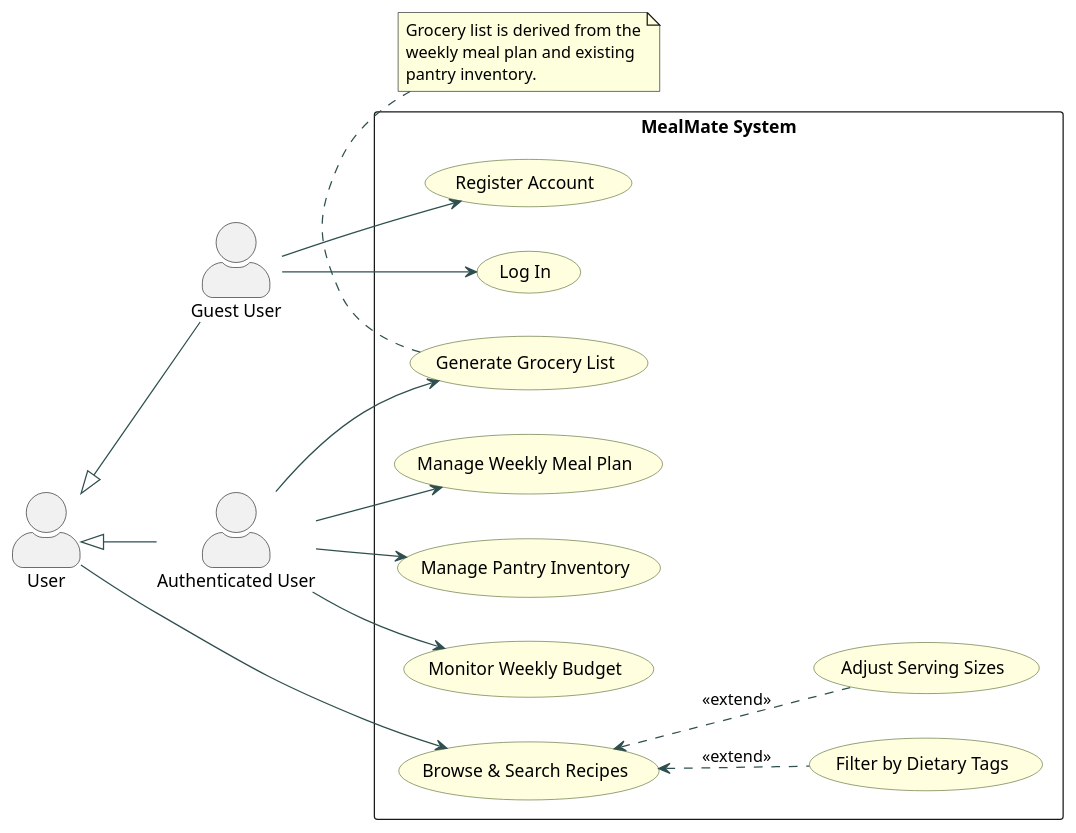
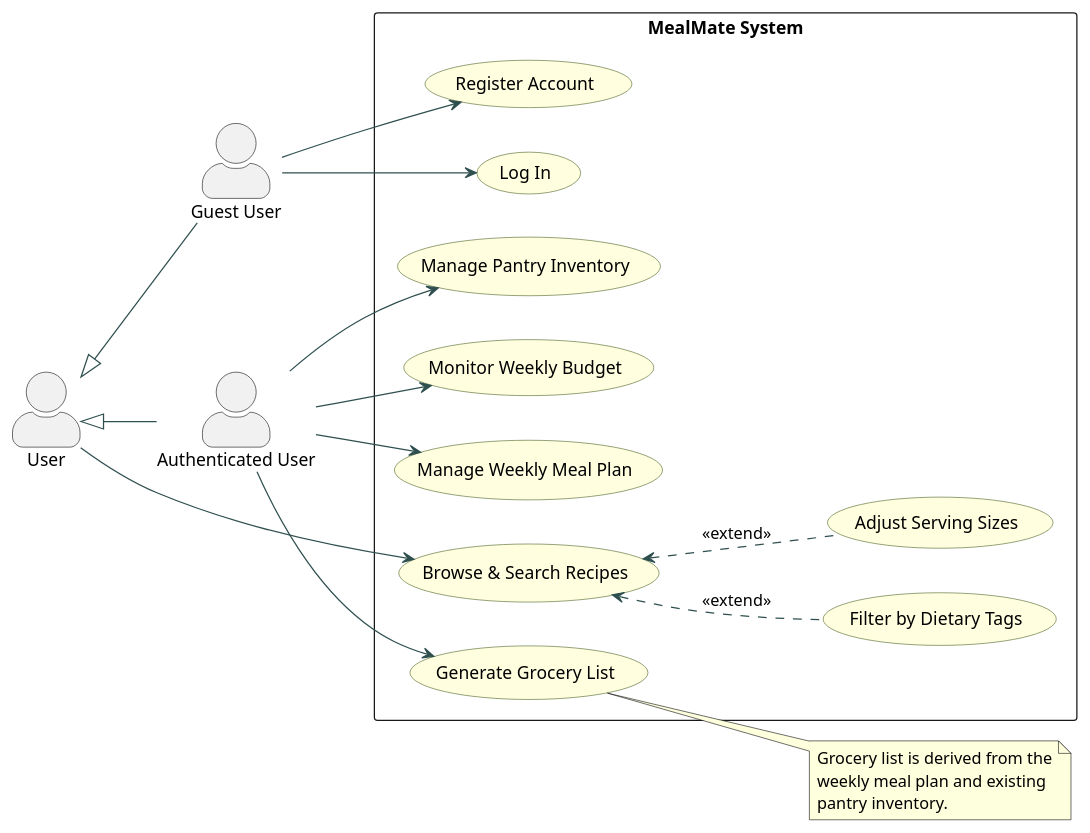
Before and after one commit to OmarIUBH/software-engineering-project: the first of 4 diagrams in docs/UML_DIAGRAMS.md, drawn with PlantUML. The commit also changed 1 other file, not shown here.

Commit message:
docs: visually streamline actor hierarchy and note bindings in use case diagram

````diff
--- a/docs/UML_DIAGRAMS.md
+++ b/docs/UML_DIAGRAMS.md
@@ -13,50 +13,48 @@
 ```plantuml
 @startuml MealMate_UseCaseDiagram
 left to right direction
 skinparam usecase {
   BackgroundColor LightYellow
   BorderColor DarkOliveGreen
   ArrowColor DarkSlateGray
 }
 skinparam actorStyle awesome
 
 actor "User" as U
 actor "Guest User" as Guest
 actor "Authenticated User" as AuthUser
 
-Guest -up-|> U
-AuthUser -up-|> U
+U <|-- Guest
+U <|-- AuthUser
 
 rectangle "MealMate System" {
   usecase "Register Account"             as UC_Reg
   usecase "Log In"                       as UC_Login
   usecase "Browse & Search Recipes"      as UC_Browse
   usecase "Filter by Dietary Tags"       as UC_Filter
   usecase "Adjust Serving Sizes"         as UC_Scale
 
   usecase "Manage Weekly Meal Plan"      as UC_Plan
   usecase "Generate Grocery List"        as UC_List
   usecase "Manage Pantry Inventory"      as UC_Pantry
   usecase "Monitor Weekly Budget"        as UC_Budget
 }
 
 U --> UC_Browse
 
 Guest --> UC_Reg
 Guest --> UC_Login
 
 UC_Filter .up.> UC_Browse : <<extend>>
 UC_Scale .up.> UC_Browse : <<extend>>
 
 AuthUser --> UC_Plan
 AuthUser --> UC_List
 AuthUser --> UC_Pantry
 AuthUser --> UC_Budget
 
-note bottom of UC_List
-  Grocery list is derived from the
-  weekly meal plan and existing
-  pantry inventory.
-end note
+note "Grocery list is derived from the\nweekly meal plan and existing\npantry inventory." as N_List
+UC_List .. N_List
+
 @enduml
 ```
````
